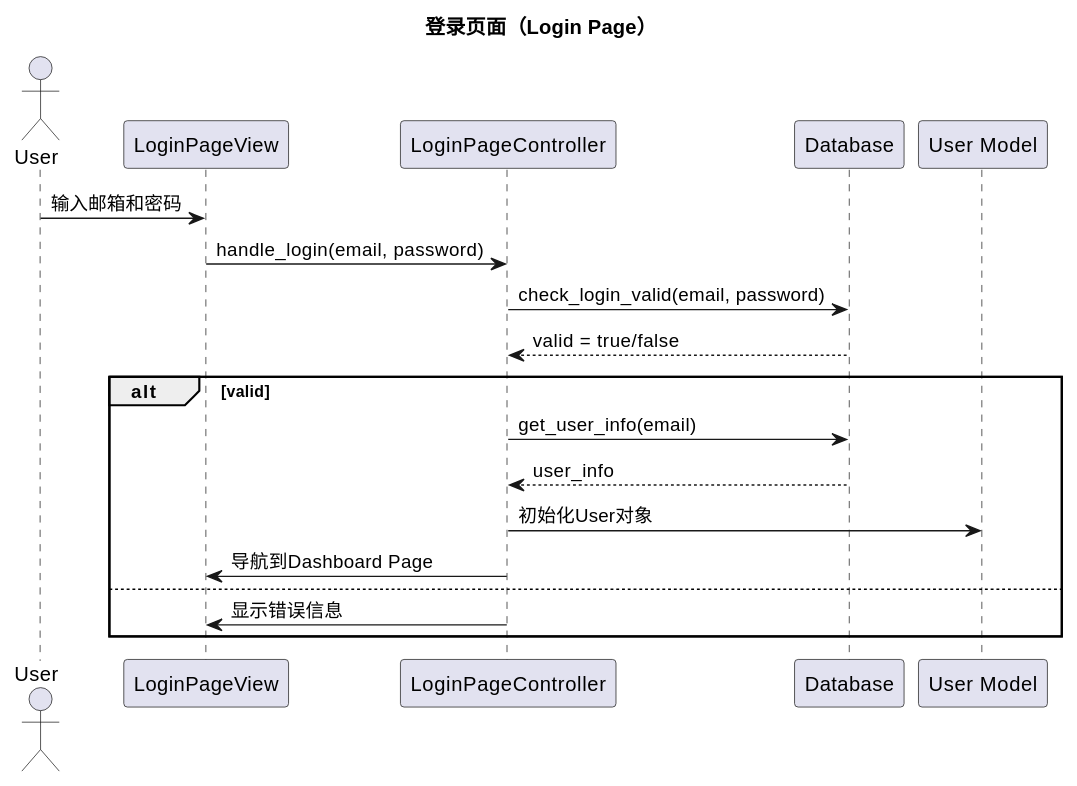
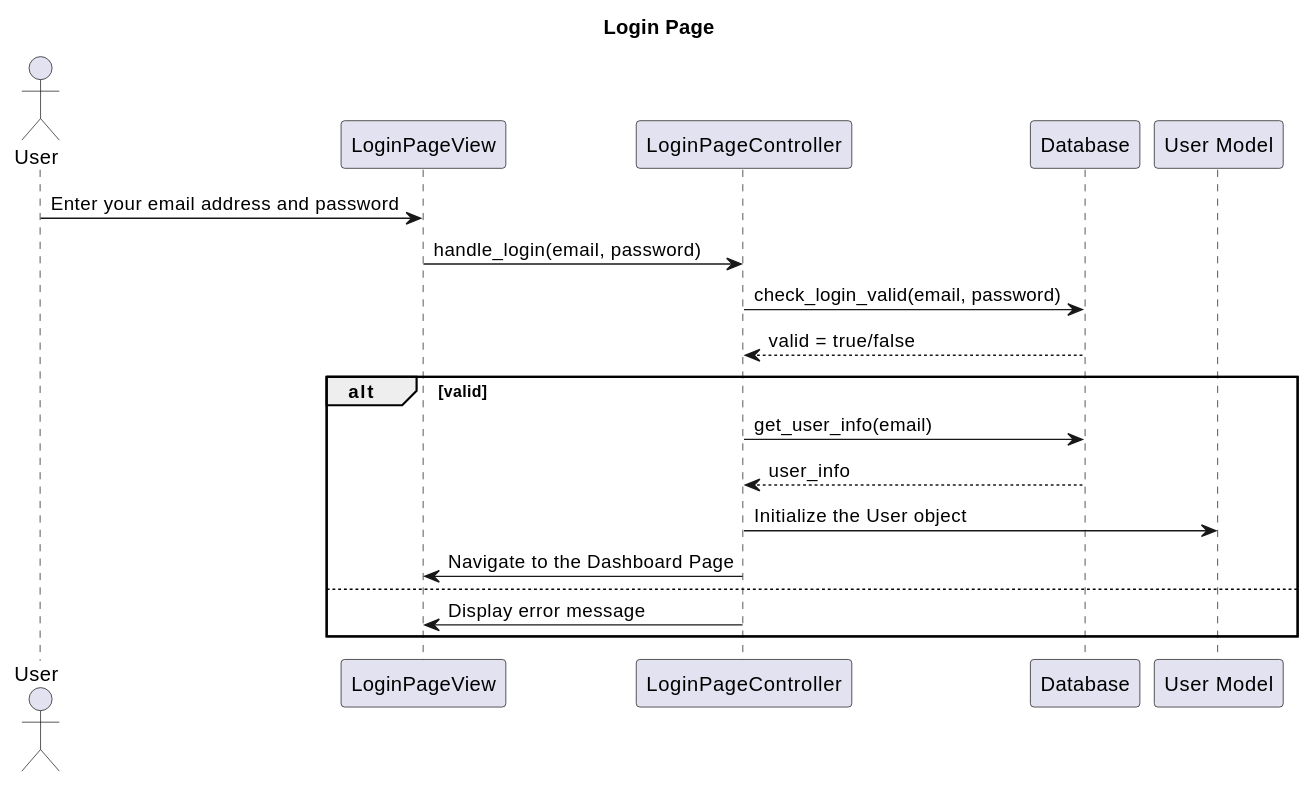
Before and after one commit to violeteye1234/group23_COMPS350F: the second of 16 diagrams in planning/class_diagrams.md, drawn with PlantUML. The commit also changed other lines of this file, not shown here.

````diff
--- a/planning/class_diagrams.md
+++ b/planning/class_diagrams.md
@@ -114,24 +114,24 @@
 ```plantuml
 @startuml
-title 登录页面（Login Page）
+title Login Page
 
 actor User
 participant "LoginPageView" as View
 participant "LoginPageController" as Controller
 participant "Database" as DB
 participant "User Model" as UserModel
 
-User -> View: 输入邮箱和密码
+User -> View: Enter your email address and password
 View -> Controller: handle_login(email, password)
 Controller -> DB: check_login_valid(email, password)
 DB --> Controller: valid = true/false
 alt valid
     Controller -> DB: get_user_info(email)
     DB --> Controller: user_info
-    Controller -> UserModel: 初始化User对象
-    Controller -> View: 导航到Dashboard Page
+    Controller -> UserModel: Initialize the User object
+    Controller -> View: Navigate to the Dashboard Page
 else
-    Controller -> View: 显示错误信息
+    Controller -> View: Display error message
 end
 @enduml
 ```
````
